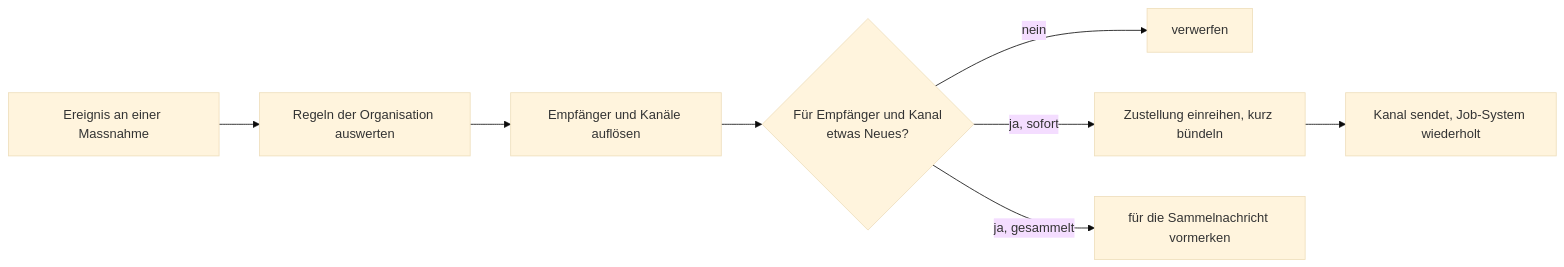
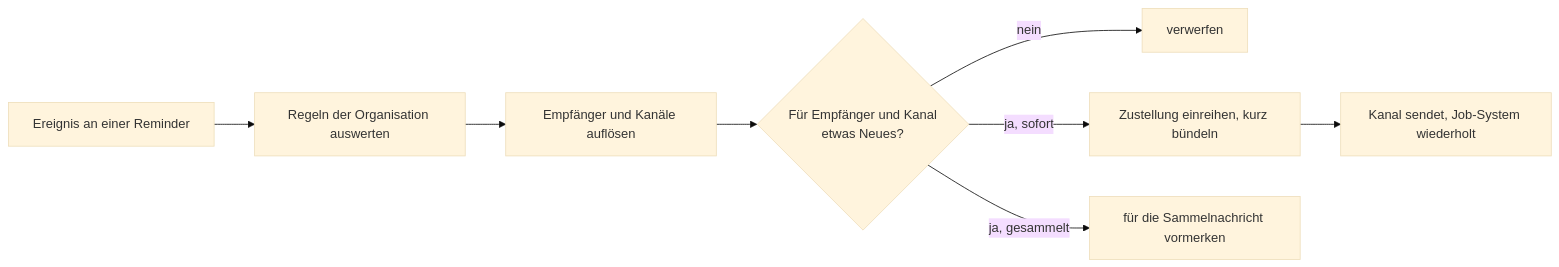
One commit to NicoM77/Ardea changed the diagram in docs/masterplan/08-benachrichtigungen.md. Above: the diagram before and after it, drawn with Mermaid (base theme). The commit also changed other lines of this file and 16 other files, not shown here.

````diff
--- a/docs/masterplan/08-benachrichtigungen.md
+++ b/docs/masterplan/08-benachrichtigungen.md
@@ -9,10 +9,10 @@
 ```mermaid
 flowchart LR
-  E[Ereignis an einer Massnahme] --> R[Regeln der Organisation auswerten]
+  E[Ereignis an einer Reminder] --> R[Regeln der Organisation auswerten]
   R --> T[Empfänger und Kanäle auflösen]
   T --> Z{Für Empfänger und Kanal<br/>etwas Neues?}
   Z -- nein --> X[verwerfen]
   Z -- ja, sofort --> O[Zustellung einreihen, kurz bündeln]
   Z -- ja, gesammelt --> G[für die Sammelnachricht vormerken]
   O --> S[Kanal sendet, Job-System wiederholt]
 ```
````
